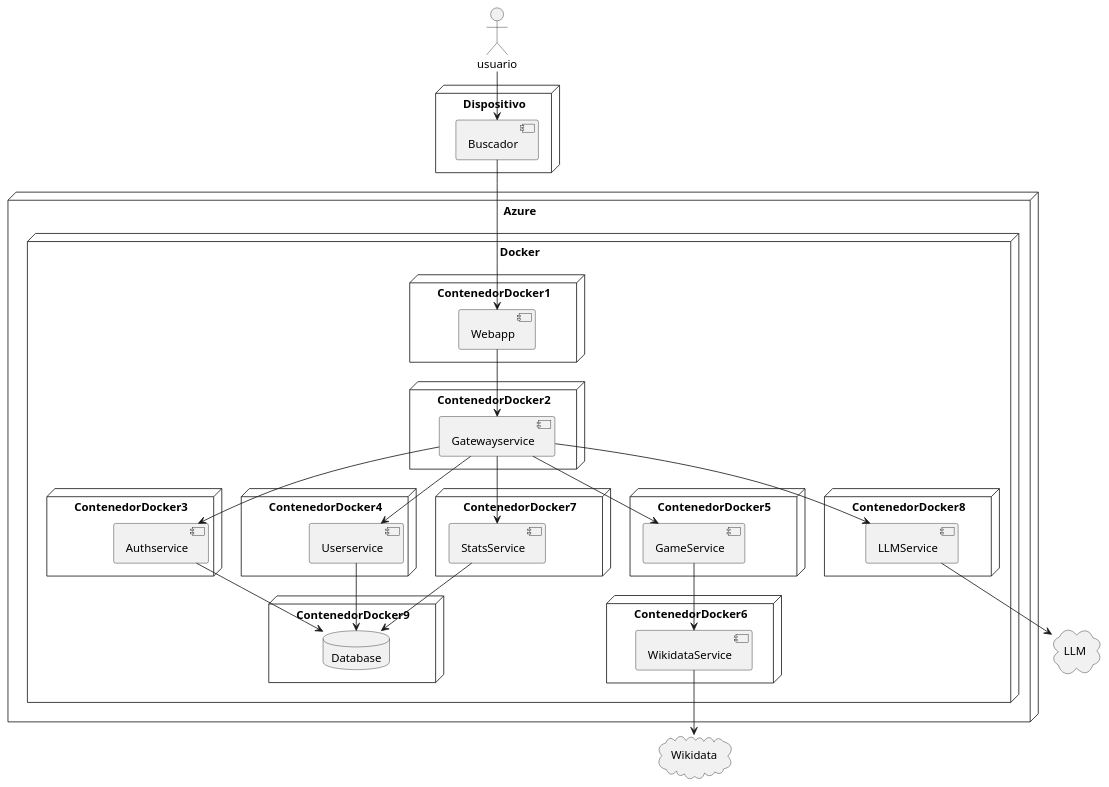
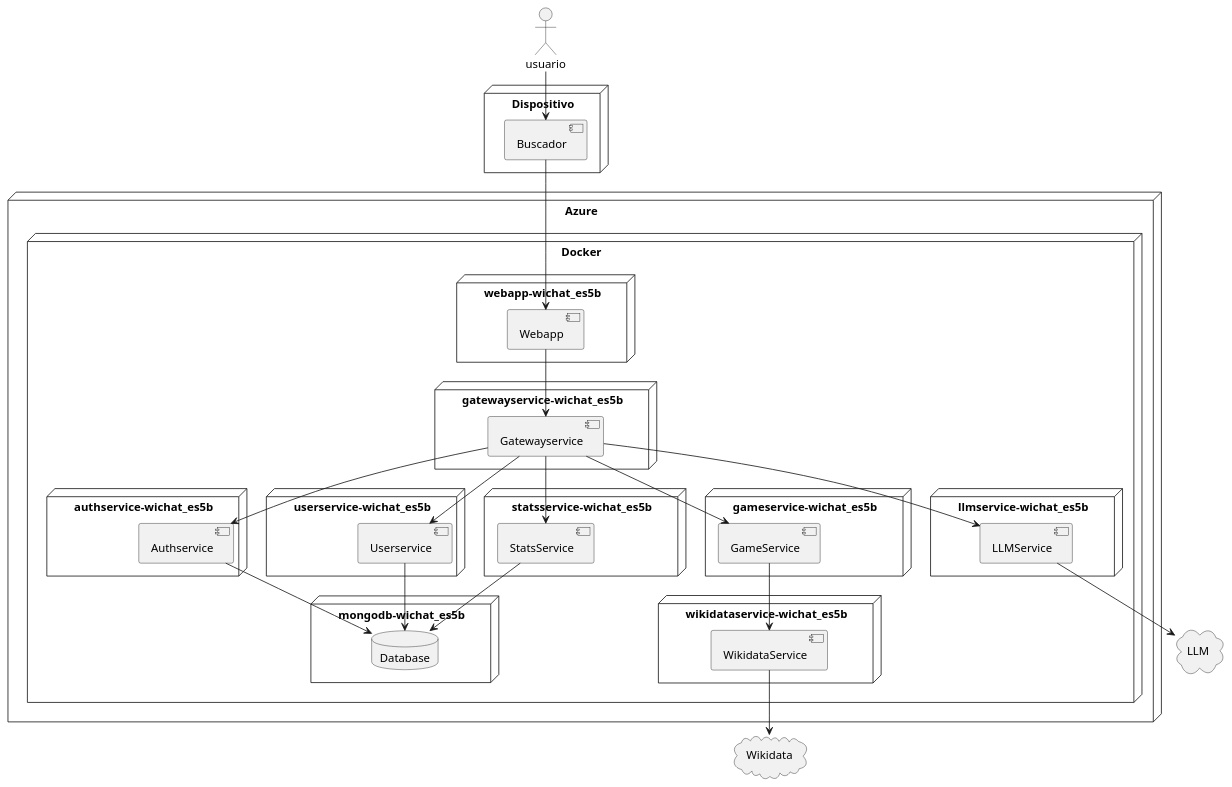
The diagram in docs/src/07_deployment_view.adoc (Arquisoft/wichat_es5b), drawn with PlantUML before and after one commit.

Commit message:
Cambio de nombres de los contenedores del diagrama de despliegue

```diff
--- a/docs/src/07_deployment_view.adoc
+++ b/docs/src/07_deployment_view.adoc
@@ -66,72 +66,72 @@
 [plantuml, arquitectura, png]
 ----
 @startuml
 
 
 actor usuario
 
 node Dispositivo{
     [Buscador] as buscador
 }
 
 node Azure{
     node Docker{
-        node ContenedorDocker1{
+        node webapp-wichat_es5b{
             [Webapp] as webapp
         }
 
-        node ContenedorDocker2{
+        node gatewayservice-wichat_es5b{
             [Gatewayservice] as gateway
         }
 
-        node ContenedorDocker3{
+        node authservice-wichat_es5b{
             [Authservice] as authservice
         }
 
-        node ContenedorDocker4{
+        node userservice-wichat_es5b{
             [Userservice] as userservice
         }
 
-        node ContenedorDocker5{
+        node gameservice-wichat_es5b{
             [GameService] as gameservice
         }
 
-        node ContenedorDocker6{
+        node wikidataservice-wichat_es5b{
             [WikidataService] as wikidataservice
         }
 
-        node ContenedorDocker7{
+        node statsservice-wichat_es5b{
             [StatsService] as statsservice
         }
 
-        node ContenedorDocker8{
+        node llmservice-wichat_es5b{
             [LLMService] as llmservice
         }
 
-        node ContenedorDocker9{
+        node mongodb-wichat_es5b{
             database "Database" as database
         }
         
     }
 }
 
 Cloud "Wikidata"
 Cloud "LLM"
 
 usuario --> buscador
 buscador --> webapp
 webapp --> gateway
 gateway --> llmservice
 llmservice --> LLM
 gateway --> authservice
 gateway --> userservice
 gateway --> gameservice
 gameservice --> wikidataservice
 wikidataservice --> "Wikidata"
 userservice --> database
 authservice --> database
 gateway --> statsservice
 statsservice --> database
 
 @enduml
 ----
```
